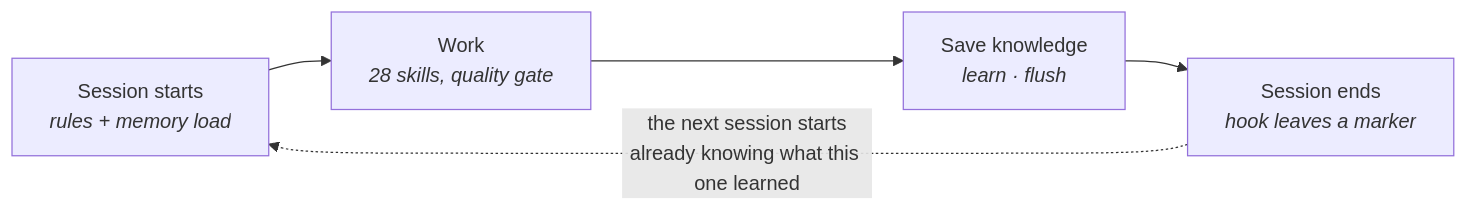
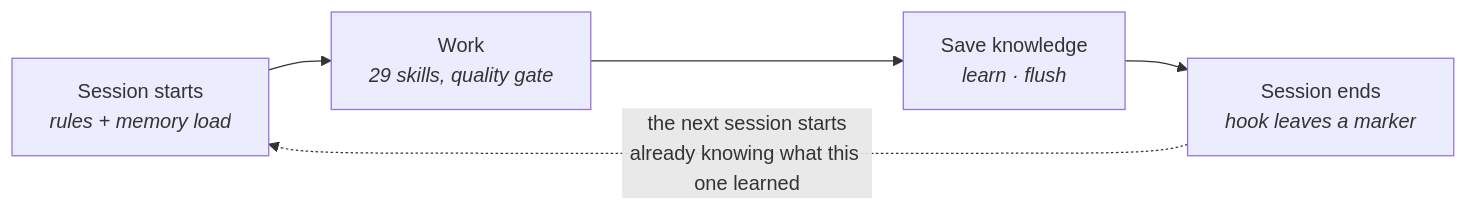
Before and after one commit to selawood-web/claude-code-generic-guide: the first of 4 diagrams in SYSTEM-OVERVIEW.md, drawn with Mermaid. The commit also changed other lines of this file and 8 other files, not shown here.

````diff
--- a/SYSTEM-OVERVIEW.md
+++ b/SYSTEM-OVERVIEW.md
@@ -36,7 +36,7 @@
 ```mermaid
 flowchart LR
-    A["Session starts<br/><i>rules + memory load</i>"] --> B["Work<br/><i>28 skills, quality gate</i>"]
+    A["Session starts<br/><i>rules + memory load</i>"] --> B["Work<br/><i>29 skills, quality gate</i>"]
     B --> C["Save knowledge<br/><i>learn · flush</i>"]
     C --> D["Session ends<br/><i>hook leaves a marker</i>"]
     D -. "the next session starts<br/>already knowing what this one learned" .-> A
 ```
````
